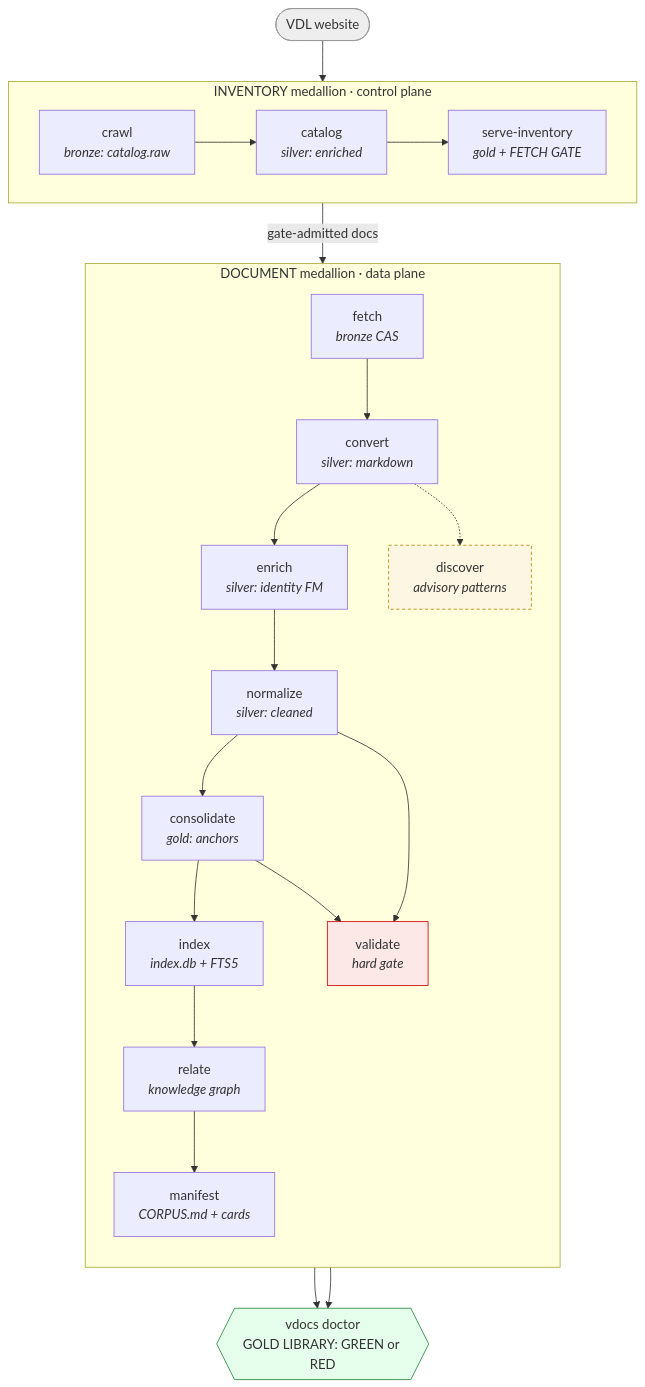
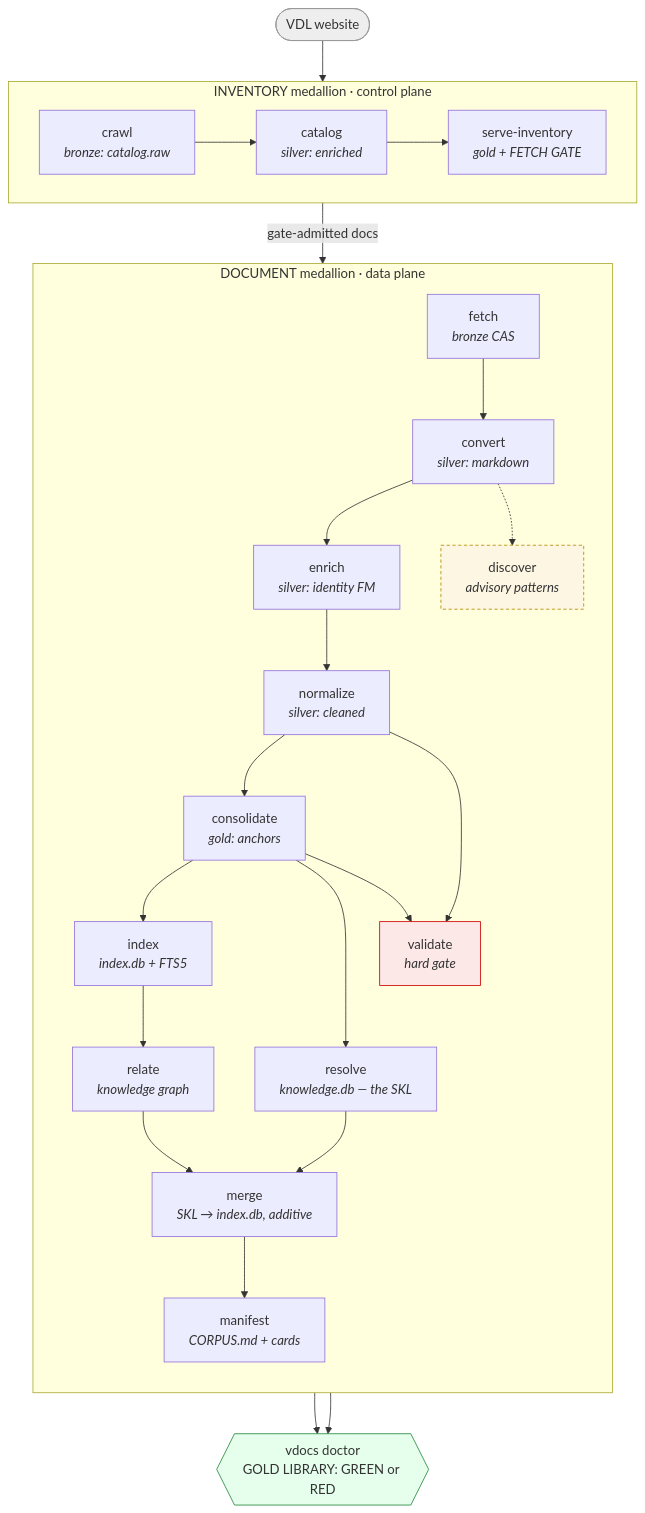
One commit to rafael5/vdocs changed the diagram in docs/vdocs-user-guide.md. Above: the diagram before and after it, drawn with Mermaid. The commit also changed other lines of this file, not shown here.

First line of the commit message:
docs(guide): refresh user guide to the 15-stage DAG — SKL stages, knowledge.db, full CLI

````diff
--- a/docs/vdocs-user-guide.md
+++ b/docs/vdocs-user-guide.md
@@ -113,41 +116,45 @@
 ```mermaid
 flowchart TD
     VDL([VDL website]):::ext
 
     subgraph INV [INVENTORY medallion · control plane]
         direction LR
         crawl[crawl<br/><i>bronze: catalog.raw</i>]
         catalog[catalog<br/><i>silver: enriched</i>]
         serve[serve-inventory<br/><i>gold + FETCH GATE</i>]
         crawl --> catalog --> serve
     end
 
     subgraph DOC [DOCUMENT medallion · data plane]
         direction TB
         fetch[fetch<br/><i>bronze CAS</i>]
         convert[convert<br/><i>silver: markdown</i>]
         enrich[enrich<br/><i>silver: identity FM</i>]
         normalize[normalize<br/><i>silver: cleaned</i>]
         consolidate[consolidate<br/><i>gold: anchors</i>]
         index[index<br/><i>index.db + FTS5</i>]
         relate[relate<br/><i>knowledge graph</i>]
+        resolve[resolve<br/><i>knowledge.db — the SKL</i>]
+        merge[merge<br/><i>SKL → index.db, additive</i>]
         manifest[manifest<br/><i>CORPUS.md + cards</i>]
         discover[discover<br/><i>advisory patterns</i>]:::side
         validate[validate<br/><i>hard gate</i>]:::gate
 
-        fetch --> convert --> enrich --> normalize --> consolidate --> index --> relate --> manifest
+        fetch --> convert --> enrich --> normalize --> consolidate --> index --> relate --> merge --> manifest
+        consolidate --> resolve
+        resolve --> merge
         convert -.-> discover
         normalize --> validate
         consolidate --> validate
     end
 
     VDL --> crawl
     serve -- gate-admitted docs --> fetch
     manifest --> doctor{{vdocs doctor<br/>GOLD LIBRARY: GREEN or RED}}:::verdict
     validate --> doctor
 
     classDef ext fill:#eee,stroke:#999;
     classDef side fill:#fdf6e3,stroke:#b58900,stroke-dasharray:4 3;
     classDef gate fill:#fde8e8,stroke:#cc0000;
     classDef verdict fill:#e6ffed,stroke:#22863a;
 ```
````
